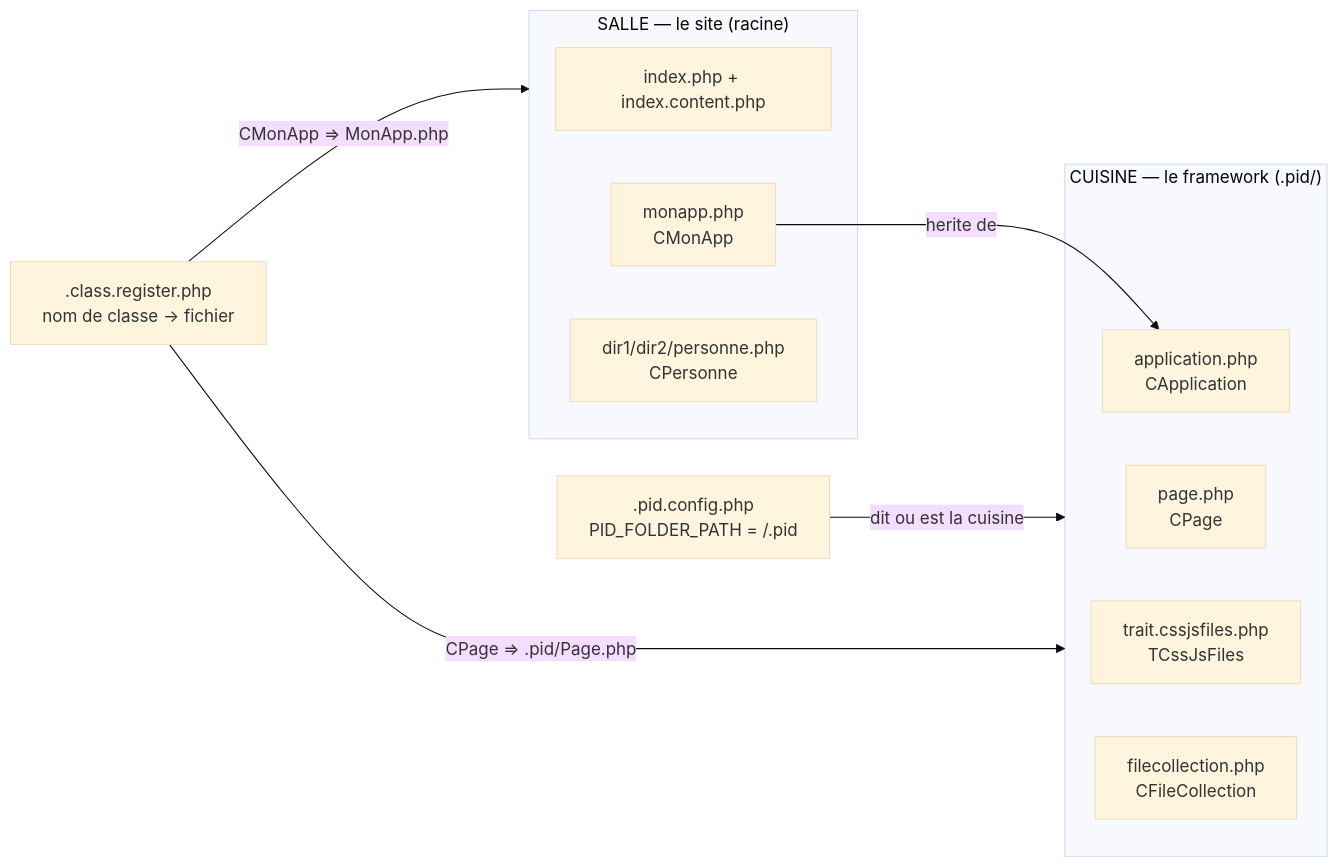
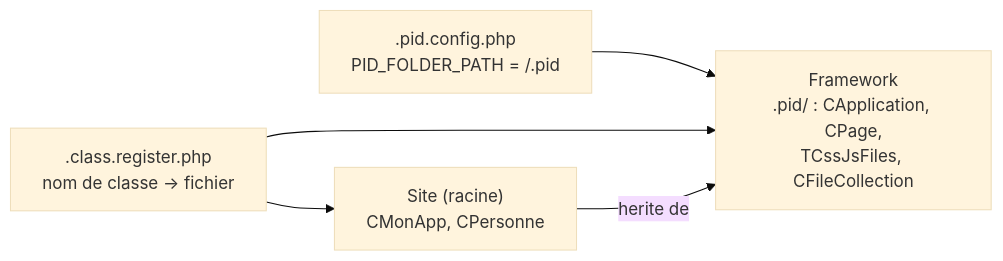
One commit to ernesthdj/PID changed the diagram in docs/academique/Dossier .pid et préfixe étoile — Séparer le framework du site.md. Above: the diagram before and after it, drawn with Mermaid (base theme). The commit also changed other lines of this file and 27 other files, not shown here.

````diff
--- a/docs/academique/Dossier .pid et préfixe étoile — Séparer le framework du site.md
+++ b/docs/academique/Dossier .pid et préfixe étoile — Séparer le framework du site.md
@@ -77,20 +20,7 @@
 ```mermaid
 flowchart LR
-    subgraph Salle["SALLE — le site (racine)"]
-        IDX["index.php + index.content.php"]
-        MON["monapp.php<br/>CMonApp"]
-        PER["dir1/dir2/personne.php<br/>CPersonne"]
-    end
-    subgraph Cuisine["CUISINE — le framework (.pid/)"]
-        APP["application.php<br/>CApplication"]
-        PAG["page.php<br/>CPage"]
-        TRA["trait.cssjsfiles.php<br/>TCssJsFiles"]
-        COL["filecollection.php<br/>CFileCollection"]
-    end
-    CFG[".pid.config.php<br/>PID_FOLDER_PATH = /.pid"]
-    REG[".class.register.php<br/>nom de classe -> fichier"]
-    CFG -->|"dit ou est la cuisine"| Cuisine
-    REG -->|"CPage => .pid/Page.php"| Cuisine
-    REG -->|"CMonApp => MonApp.php"| Salle
-    MON -->|"herite de"| APP
+    CFG[".pid.config.php<br/>PID_FOLDER_PATH = /.pid"] --> F["Framework<br/>.pid/ : CApplication, CPage,<br/>TCssJsFiles, CFileCollection"]
+    REG[".class.register.php<br/>nom de classe -> fichier"] --> F
+    REG --> S["Site (racine)<br/>CMonApp, CPersonne"]
+    S -->|"herite de"| F
 ```
````
